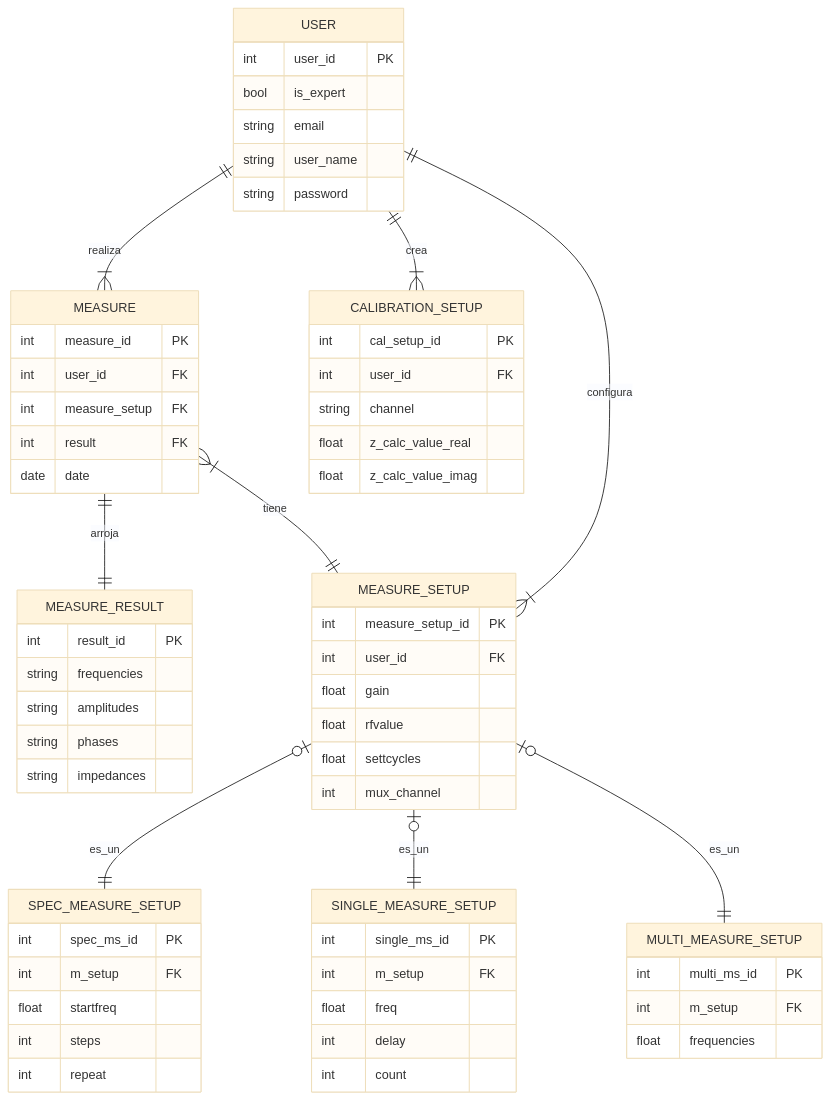
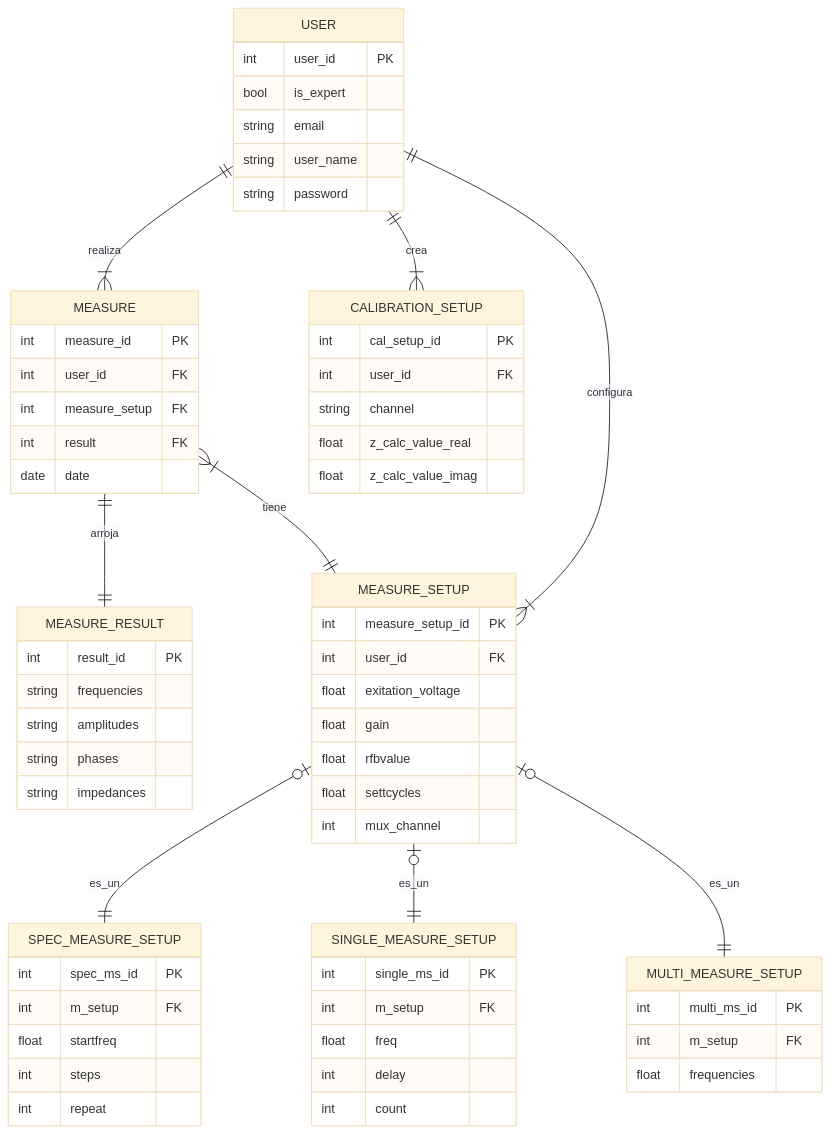
Before and after one commit to alegrelias/Repo-GMini: the fourth of 4 diagrams in Gmini-MarkDown/Diseño de base de datos.md, drawn with Mermaid (base theme). The commit also changed 1 other file, not shown here.

Commit message:
Se corrige error en atributos de la BD

````diff
--- a/Gmini-MarkDown/Diseño de base de datos.md
+++ b/Gmini-MarkDown/Diseño de base de datos.md
@@ -31,80 +31,81 @@
 ```mermaid
 erDiagram
 
 USER{
 	int user_id PK
 	bool is_expert
 	string email
 	string user_name
 	string password
 }
 
 CALIBRATION_SETUP{
 	int cal_setup_id PK
 	int user_id FK
 	string channel
 	float z_calc_value_real
 	float z_calc_value_imag
 }
 
 MEASURE{
 	int measure_id PK
 	int user_id FK
 	int measure_setup FK
 	int result FK
 	date date
 }
 
 MEASURE_RESULT{
 	int result_id PK
 	string frequencies
 	string amplitudes
 	string phases
 	string impedances
 }
 
 MEASURE_SETUP{
 	int measure_setup_id PK
 	int user_id FK
+	float exitation_voltage
 	float gain
-	float rfvalue
+	float rfbvalue
 	float settcycles
 	int mux_channel
 }
 
 SPEC_MEASURE_SETUP{
 	int spec_ms_id PK
 	int m_setup FK
 	float startfreq
 	int steps
 	int repeat
 }
 
 SINGLE_MEASURE_SETUP{
 	int single_ms_id PK
 	int m_setup FK
 	float freq
 	int delay
 	int count
 }
 
 MULTI_MEASURE_SETUP{
 	int multi_ms_id PK
 	int m_setup FK
 	float frequencies
 }
 
 USER ||--|{ MEASURE : realiza
 
 USER ||--|{ CALIBRATION_SETUP : crea
 
 USER ||--|{ MEASURE_SETUP : configura
 
 MEASURE ||--|| MEASURE_RESULT : arroja
 
 MEASURE |{--|| MEASURE_SETUP : tiene
 
 MEASURE_SETUP o|--|| SPEC_MEASURE_SETUP : es_un
 MEASURE_SETUP o|--|| SINGLE_MEASURE_SETUP : es_un
 MEASURE_SETUP o|--|| MULTI_MEASURE_SETUP : es_un
 ```
````
